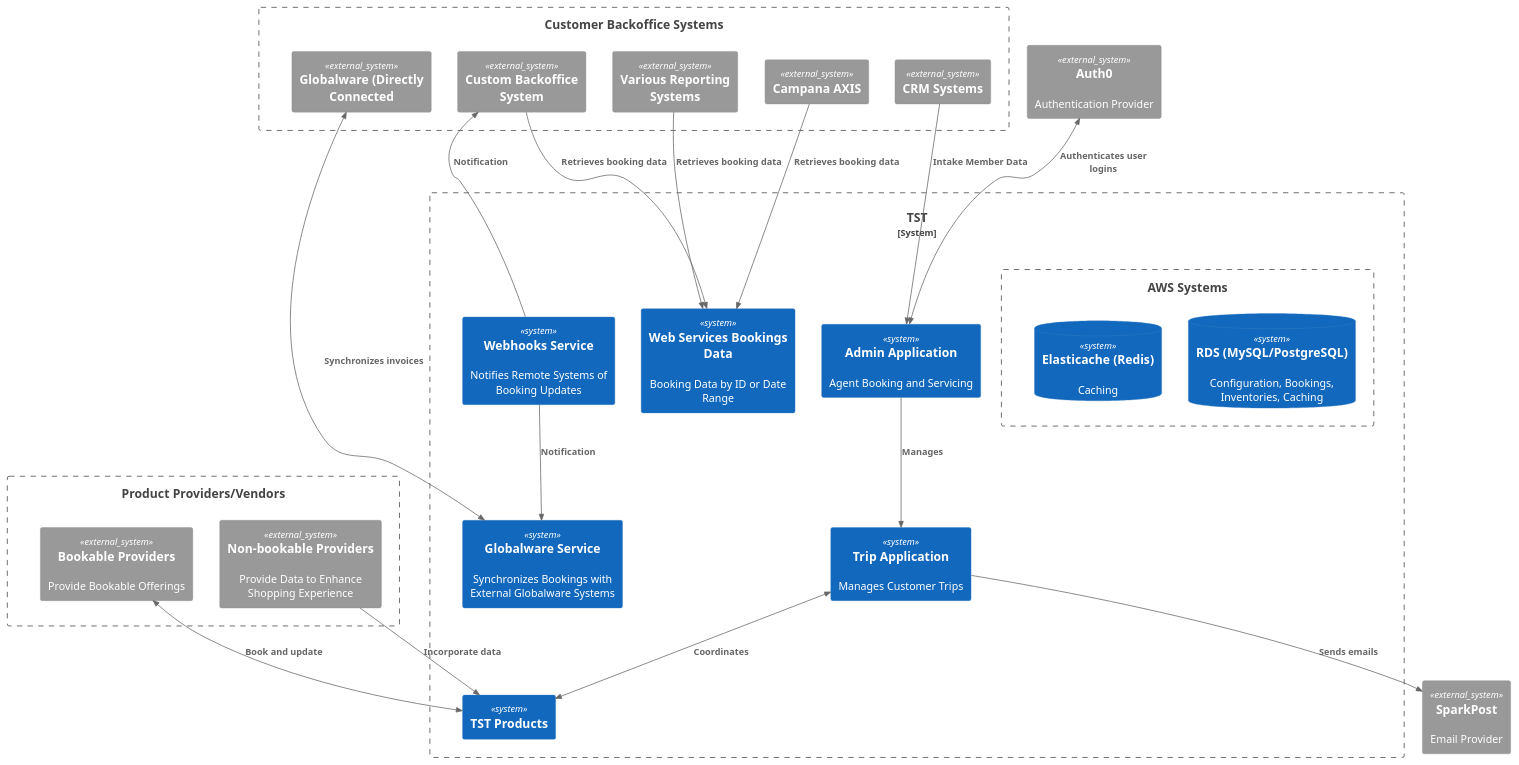
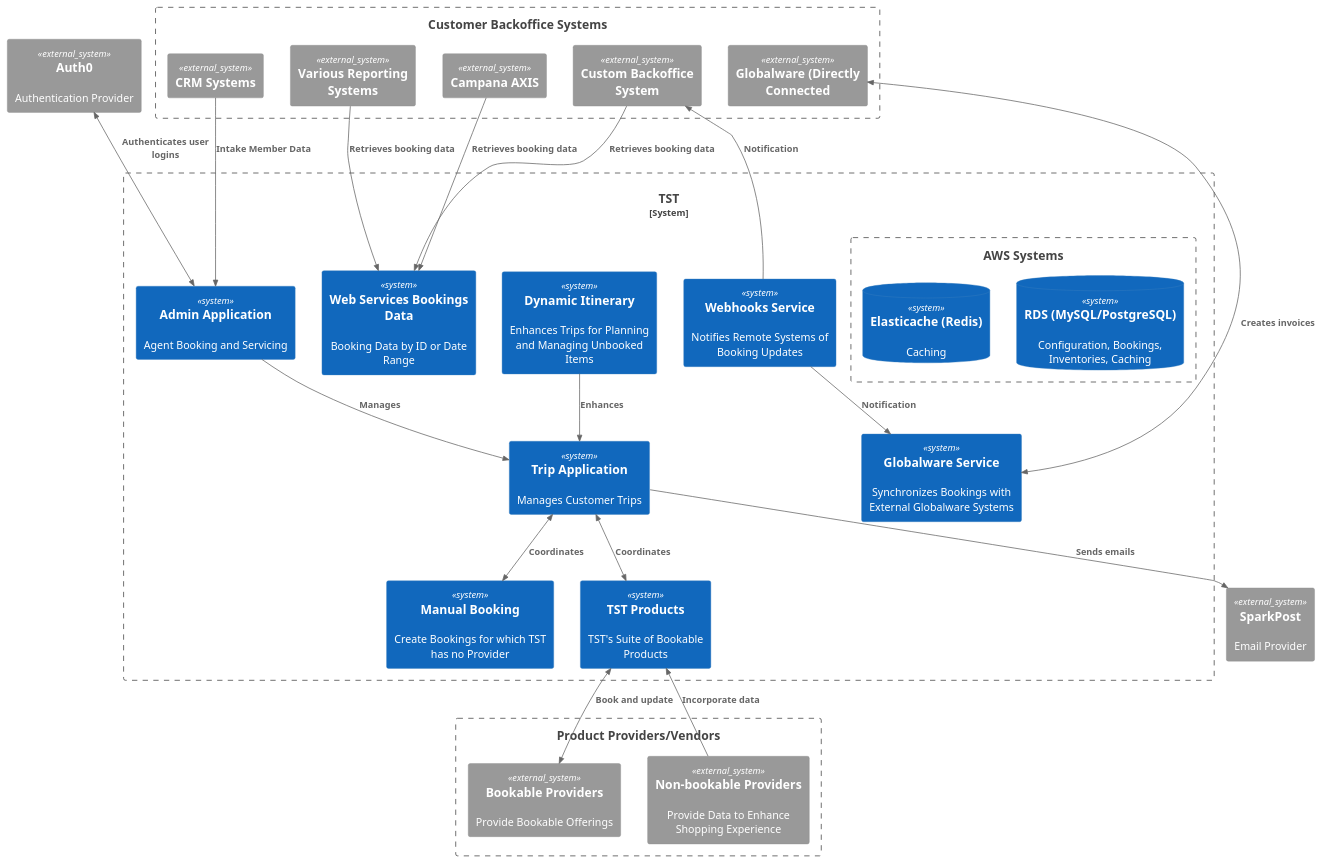
The diagram in Writerside/topics/TST-Architecture-2.md (Travel-Syndication-Technology/Travel-Syndication-Technology.github.io), drawn with PlantUML before and after one commit. The commit also changed other lines of this file and 6 other files, not shown here.

Commit message:
Architecture updates and testing github action build

````diff
--- a/Writerside/topics/TST-Architecture-2.md
+++ b/Writerside/topics/TST-Architecture-2.md
@@ -3,68 +3,64 @@
 ```plantuml
 @startuml TST_Architecture
 !include https://raw.githubusercontent.com/plantuml-stdlib/C4-PlantUML/master/C4_Container.puml
 
 LAYOUT_TOP_DOWN()
 
 ' Person(TravelAgent, "Travel Agent")
 ' Person(Consumer, "Consumer")
 
 System_Ext(Auth0, "Auth0", "Authentication Provider")
 System_Ext(SparkPost, "SparkPost", "Email Provider")
 
 Boundary(CustomerBackoffice, "Customer Backoffice Systems") {
     System_Ext(Campana, "Campana AXIS")
     System_Ext(Reporting, "Various Reporting Systems")
     System_Ext(CustomBackoffice, "Custom Backoffice System")
     System_Ext(GlobalwareDirect, "Globalware (Directly Connected")
     System_Ext(CRM, "CRM Systems")
     }
 
 System_Boundary(TST, "TST") {
     System(WebServicesBookings, "Web Services Bookings Data", "Booking Data by ID or Date Range")
     System(GlobalwareService, "Globalware Service", "Synchronizes Bookings with External Globalware Systems")
     System(WebhookService, "Webhooks Service", "Notifies Remote Systems of Booking Updates")
     System(Trip, "Trip Application", "Manages Customer Trips")
+    System(DynamicItinerary, "Dynamic Itinerary", "Enhances Trips for Planning and Managing Unbooked Items")
     System(Admin, "Admin Application", "Agent Booking and Servicing")
-    System(TSTProducts, "TST Products")
+    System(TSTProducts, "TST Products", "TST's Suite of Bookable Products")
+    System(ManualBooking, "Manual Booking", "Create Bookings for which TST has no Provider")
     Boundary(AWS, "AWS Systems", "") {
         SystemDb(TSTMySQL, "RDS (MySQL/PostgreSQL)", "Configuration, Bookings, Inventories, Caching")
         SystemDb(TSTRedis, "Elasticache (Redis)", "Caching")
         }
     }
     
     
 Boundary(Providers, "Product Providers/Vendors", "") {
     System_Ext(BookableProviders, "Bookable Providers", "Provide Bookable Offerings")
     System_Ext(NonBookableProviders, "Non-bookable Providers", "Provide Data to Enhance Shopping Experience")
     }
 
 BiRel(Auth0, Admin, "Authenticates user logins")
 ' Rel(TravelAgent, Admin, "Login/Manage/Book")
 ' Rel(Consumer, Trip, "Books")
 Rel(CRM, Admin, "Intake Member Data")
 
 Rel(WebhookService, CustomBackoffice, "Notification")
 Rel(WebhookService, GlobalwareService, "Notification")
 Rel(CustomBackoffice, WebServicesBookings, "Retrieves booking data")
 Rel(Campana, WebServicesBookings, "Retrieves booking data")
 Rel(Reporting, WebServicesBookings, "Retrieves booking data")
-BiRel(GlobalwareService, GlobalwareDirect, "Synchronizes invoices")
+BiRel(GlobalwareService, GlobalwareDirect, "Creates invoices")
 
 BiRel(Trip, TSTProducts, "Coordinates")
+BiRel(Trip, ManualBooking, "Coordinates")
+Rel(DynamicItinerary, Trip, "Enhances")
 Rel(Admin, Trip, "Manages")
 Rel(Trip, SparkPost, "Sends emails")
 
 BiRel(TSTProducts, BookableProviders, "Book and update")
 Rel(NonBookableProviders, TSTProducts, "Incorporate data")
 
-Lay_U(TST, CustomerBackoffice)
-Lay_L(TST, CustomerBackoffice)
-Lay_L(TST, AWS)
-Lay_R(TST, Providers)
-' Lay_D(TST, Consumer)
-' Lay_U(Providers, Consumer)
-' Lay_R(TST, TravelAgent)
-
 @enduml
 ```
````
